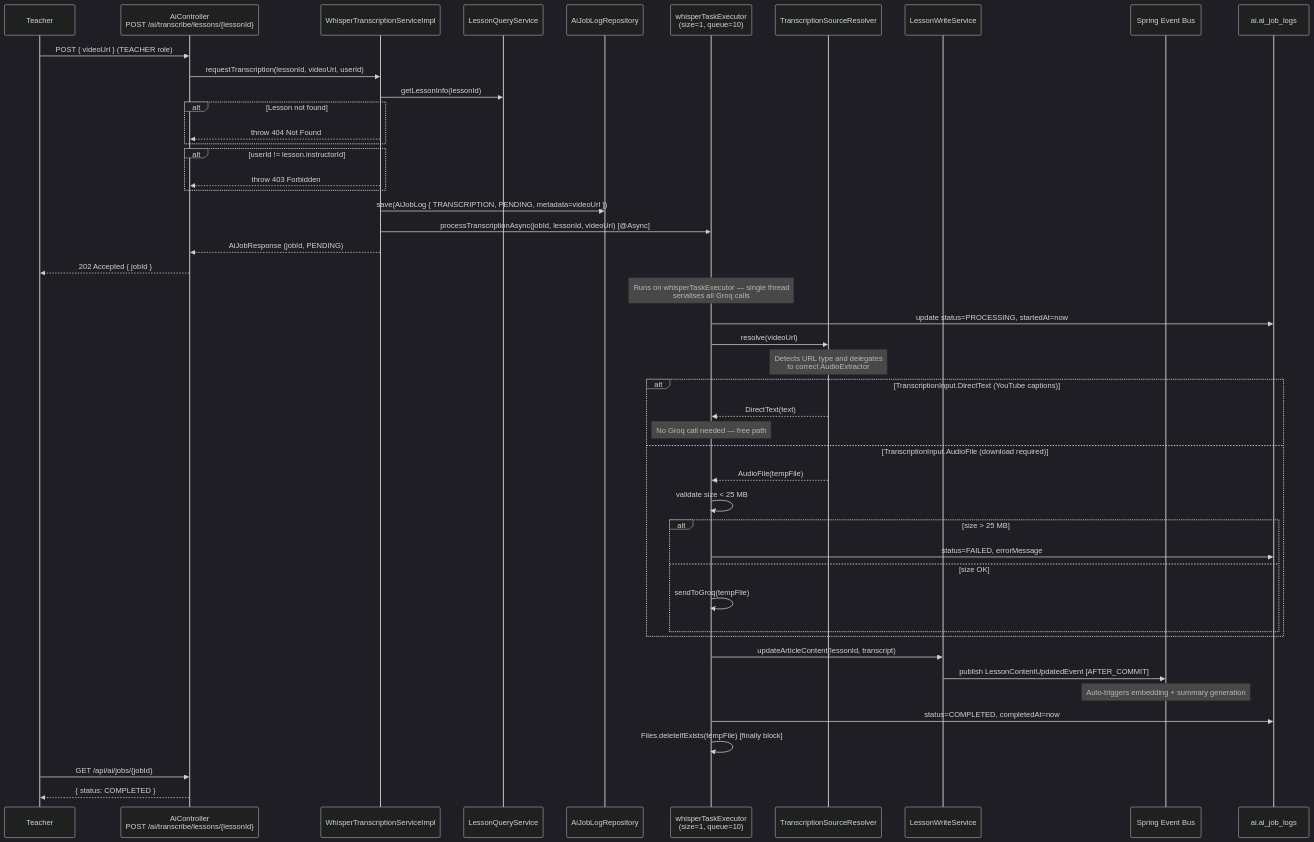
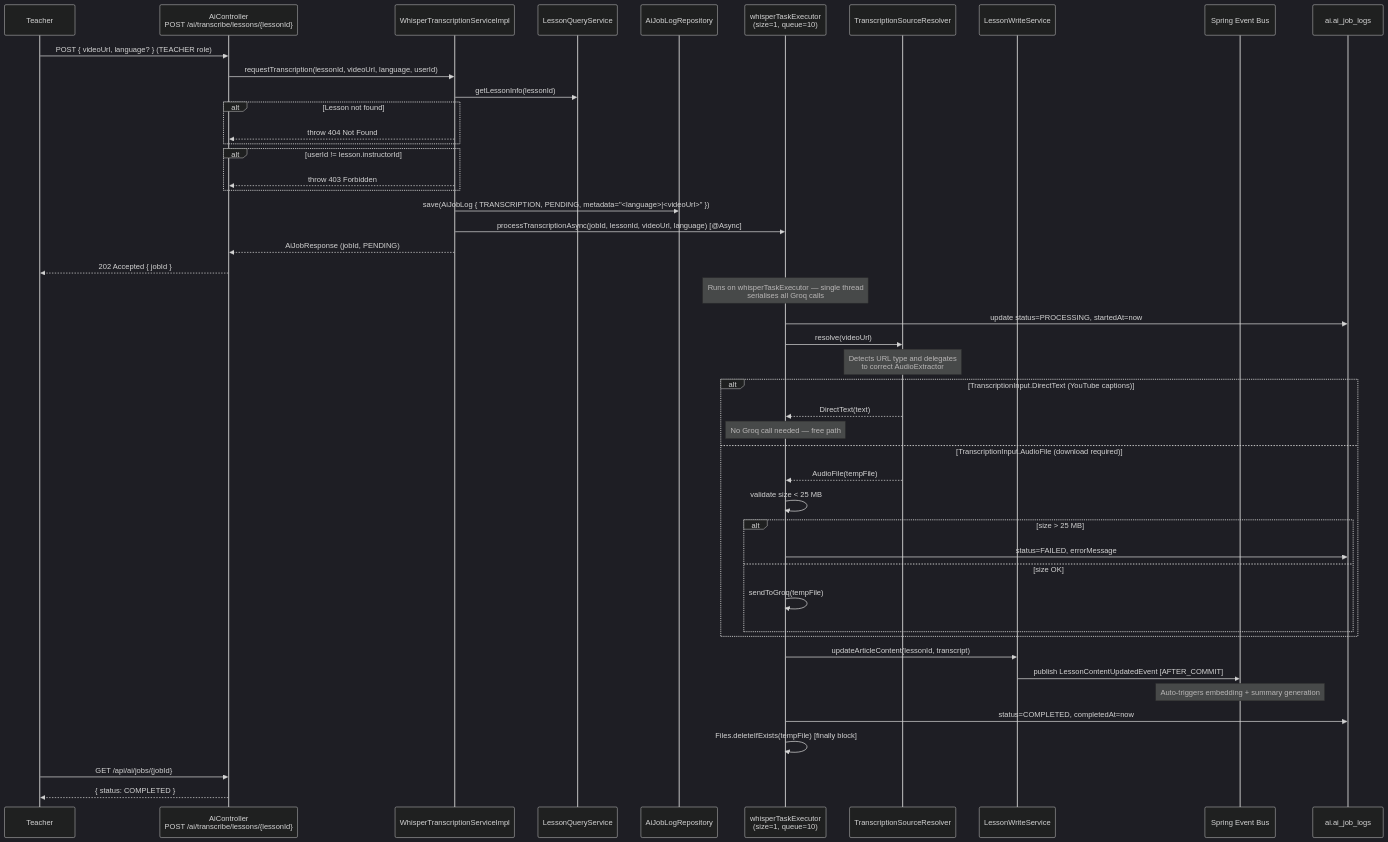
The third of 16 diagrams in docs/workflows/ai_workflows.md (HuuLocFIT/EduMind), drawn with Mermaid (dark theme) before and after one commit. The commit also changed other lines of this file and 13 other files, not shown here.

Commit message:
feat: enhance transcription service to support language selection and update related components

````diff
--- a/docs/workflows/ai_workflows.md
+++ b/docs/workflows/ai_workflows.md
@@ -162,58 +162,58 @@
 ```mermaid
 sequenceDiagram
     participant Teacher
     participant Controller as AiController<br>POST /ai/transcribe/lessons/{lessonId}
     participant TransSvc as WhisperTranscriptionServiceImpl
     participant LessonQuerySvc as LessonQueryService
     participant JobRepo as AiJobLogRepository
     participant Executor as whisperTaskExecutor<br>(size=1, queue=10)
     participant Resolver as TranscriptionSourceResolver
     participant LessonWriteSvc as LessonWriteService
     participant EventBus as Spring Event Bus
     participant DB as ai.ai_job_logs
 
-    Teacher->>Controller: POST { videoUrl } (TEACHER role)
-    Controller->>TransSvc: requestTranscription(lessonId, videoUrl, userId)
+    Teacher->>Controller: POST { videoUrl, language? } (TEACHER role)
+    Controller->>TransSvc: requestTranscription(lessonId, videoUrl, language, userId)
 
     TransSvc->>LessonQuerySvc: getLessonInfo(lessonId)
     alt Lesson not found
         TransSvc-->>Controller: throw 404 Not Found
     end
     alt userId != lesson.instructorId
         TransSvc-->>Controller: throw 403 Forbidden
     end
 
-    TransSvc->>JobRepo: save(AiJobLog { TRANSCRIPTION, PENDING, metadata=videoUrl })
-    TransSvc->>Executor: processTranscriptionAsync(jobId, lessonId, videoUrl) [@Async]
+    TransSvc->>JobRepo: save(AiJobLog { TRANSCRIPTION, PENDING, metadata="<language>|<videoUrl>" })
+    TransSvc->>Executor: processTranscriptionAsync(jobId, lessonId, videoUrl, language) [@Async]
     TransSvc-->>Controller: AiJobResponse (jobId, PENDING)
     Controller-->>Teacher: 202 Accepted { jobId }
 
     Note over Executor: Runs on whisperTaskExecutor — single thread<br>serialises all Groq calls
 
     Executor->>DB: update status=PROCESSING, startedAt=now
     Executor->>Resolver: resolve(videoUrl)
     Note over Resolver: Detects URL type and delegates<br>to correct AudioExtractor
 
     alt TranscriptionInput.DirectText (YouTube captions)
         Resolver-->>Executor: DirectText(text)
         Note over Executor: No Groq call needed — free path
     else TranscriptionInput.AudioFile (download required)
         Resolver-->>Executor: AudioFile(tempFile)
         Executor->>Executor: validate size < 25 MB
         alt size > 25 MB
             Executor->>DB: status=FAILED, errorMessage
         else size OK
             Executor->>Executor: sendToGroq(tempFile)
         end
     end
 
     Executor->>LessonWriteSvc: updateArticleContent(lessonId, transcript)
     LessonWriteSvc->>EventBus: publish LessonContentUpdatedEvent [AFTER_COMMIT]
     Note over EventBus: Auto-triggers embedding + summary generation
 
     Executor->>DB: status=COMPLETED, completedAt=now
     Executor->>Executor: Files.deleteIfExists(tempFile) [finally block]
 
     Teacher->>Controller: GET /api/ai/jobs/{jobId}
     Controller-->>Teacher: { status: COMPLETED }
 ```
````
